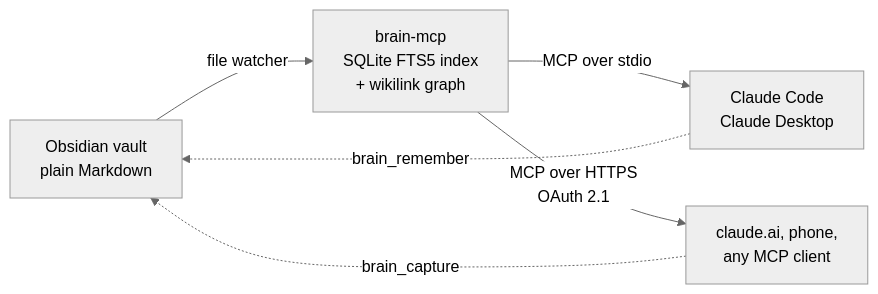
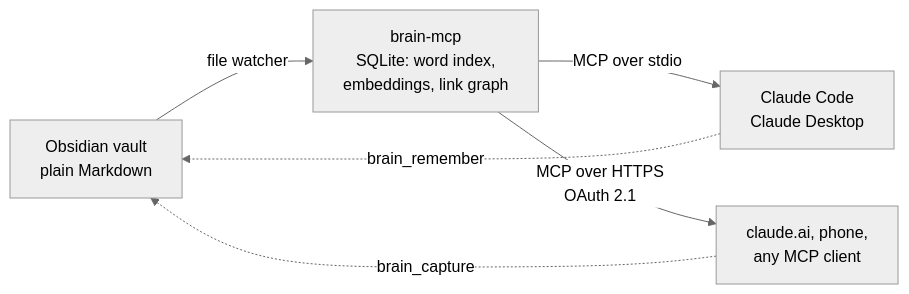
One commit to debashishthakur/brain-mcp changed the diagram in README.md. Above: the diagram before and after it, drawn with Mermaid (neutral theme). The commit also changed other lines of this file and 20 other files, not shown here.

````diff
--- a/README.md
+++ b/README.md
@@ -46,8 +48,8 @@
 ```mermaid
 flowchart LR
-    V["Obsidian vault<br/>plain Markdown"] -->|file watcher| B["brain-mcp<br/>SQLite FTS5 index<br/>+ wikilink graph"]
+    V["Obsidian vault<br/>plain Markdown"] -->|file watcher| B["brain-mcp<br/>SQLite: word index,<br/>embeddings, link graph"]
     B -->|MCP over stdio| L["Claude Code<br/>Claude Desktop"]
     B -->|MCP over HTTPS<br/>OAuth 2.1| R["claude.ai, phone,<br/>any MCP client"]
     L -. brain_remember .-> V
     R -. brain_capture .-> V
 ```
````
